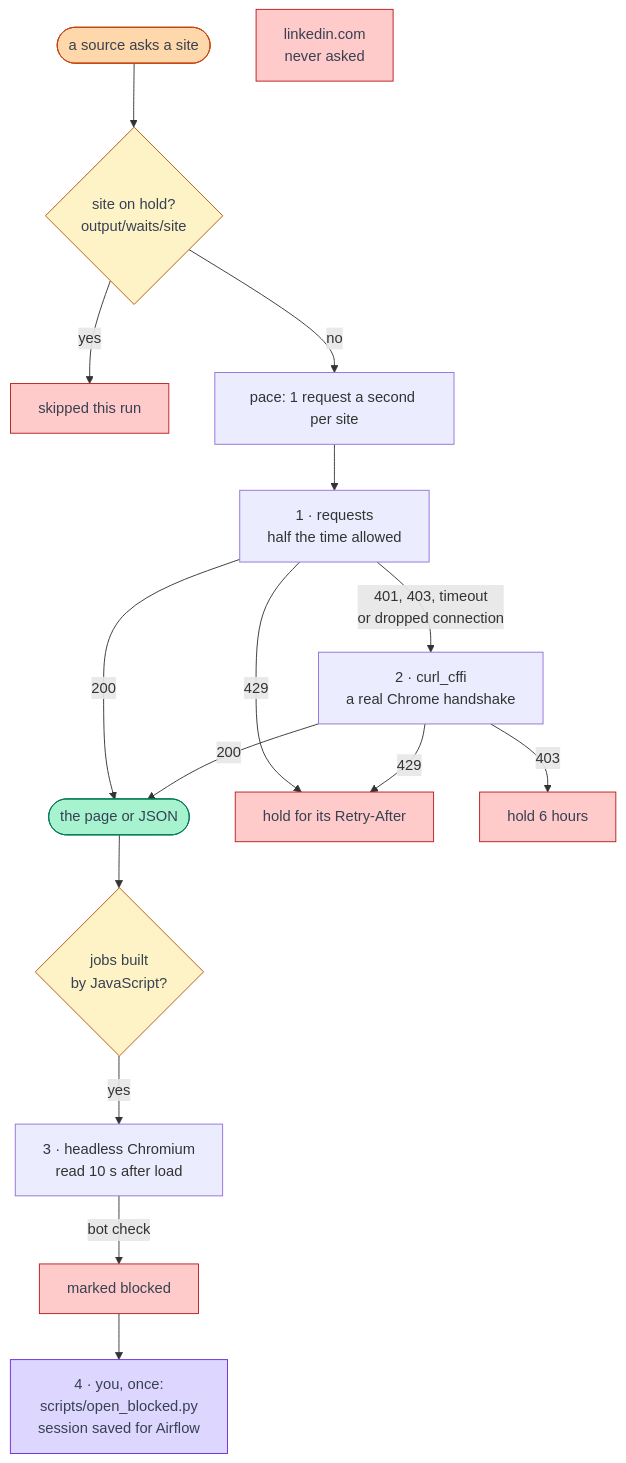
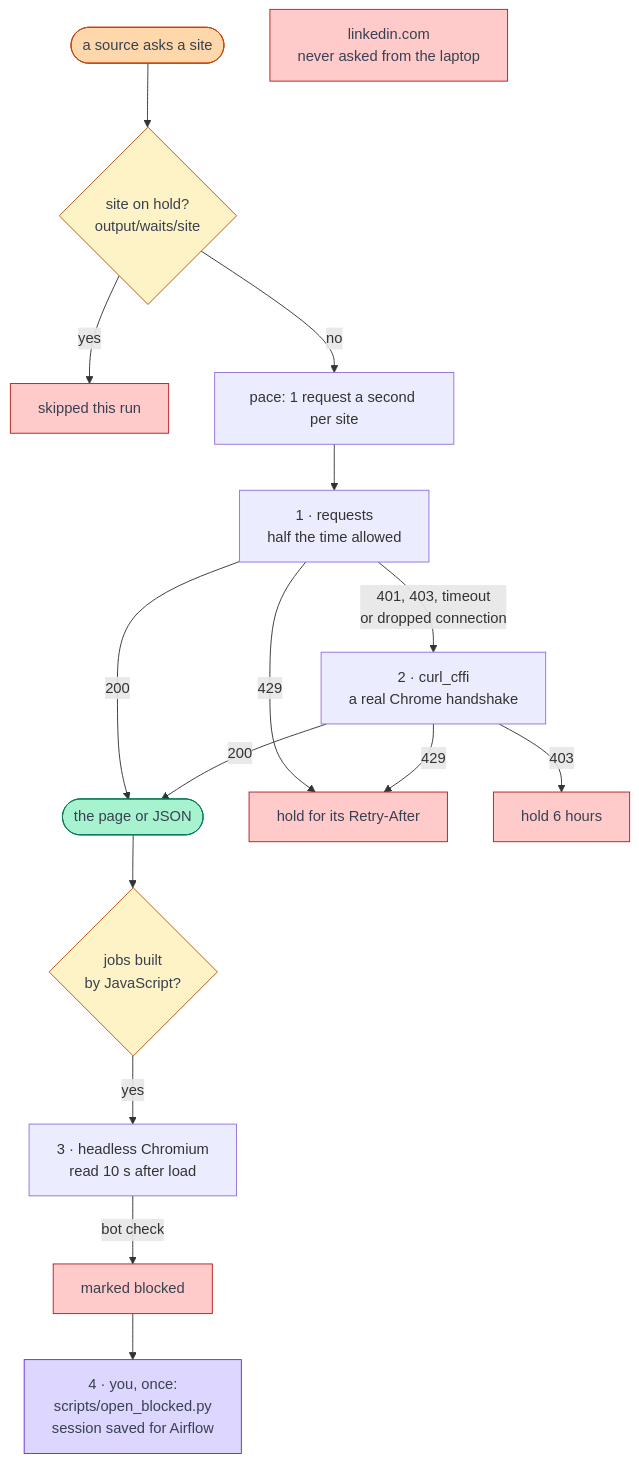
Before and after one commit to omarshalabyy1/job-radar: the fourth of 4 diagrams in docs/architecture.md, drawn with Mermaid. The commit also changed other lines of this file and 9 other files, not shown here.

Commit message:
Docs and diagrams: 28 sources with LinkedIn through Apify, 12 extract tasks, core.job_seen and core.claude_grade (off), the Dashboard with board filters and age levels

````diff
--- a/docs/architecture.md
+++ b/docs/architecture.md
@@ -128,26 +136,26 @@
 ```mermaid
 %% flowchart: what happens to every request (job_radar/sources/base.py fetch and request)
 %% limits first: holds and pace before anything; then requests, curl_cffi, a browser, Omar's session
 flowchart TD
     ask(["a source asks a site"]):::trigger --> held{"site on hold?<br>output/waits/site"}:::decision
     held -->|yes| skip["skipped this run"]:::error
     held -->|no| pace["pace: 1 request a second per site"]
     pace --> plain["1 · requests<br>half the time allowed"]
     plain -->|"200"| page(["the page or JSON"]):::success
     plain -->|"401, 403, timeout<br>or dropped connection"| chrome["2 · curl_cffi<br>a real Chrome handshake"]
     chrome -->|"200"| page
     plain -->|"429"| wait["hold for its Retry-After"]:::error
     chrome -->|"429"| wait
     chrome -->|"403"| hold6["hold 6 hours"]:::error
     page --> js{"jobs built<br>by JavaScript?"}:::decision
     js -->|yes| browser["3 · headless Chromium<br>read 10 s after load"]
     browser -->|"bot check"| blocked["marked blocked"]:::error
     blocked --> you["4 · you, once:<br>scripts/open_blocked.py<br>session saved for Airflow"]:::ai
-    never["linkedin.com<br>never asked"]:::error
+    never["linkedin.com<br>never asked from the laptop"]:::error
 
     classDef trigger fill:#fed7aa,stroke:#c2410c,color:#374151
     classDef success fill:#a7f3d0,stroke:#047857,color:#374151
     classDef decision fill:#fef3c7,stroke:#b45309,color:#374151
     classDef error fill:#fecaca,stroke:#b91c1c,color:#374151
     classDef ai fill:#ddd6fe,stroke:#6d28d9,color:#374151
 ```
````
